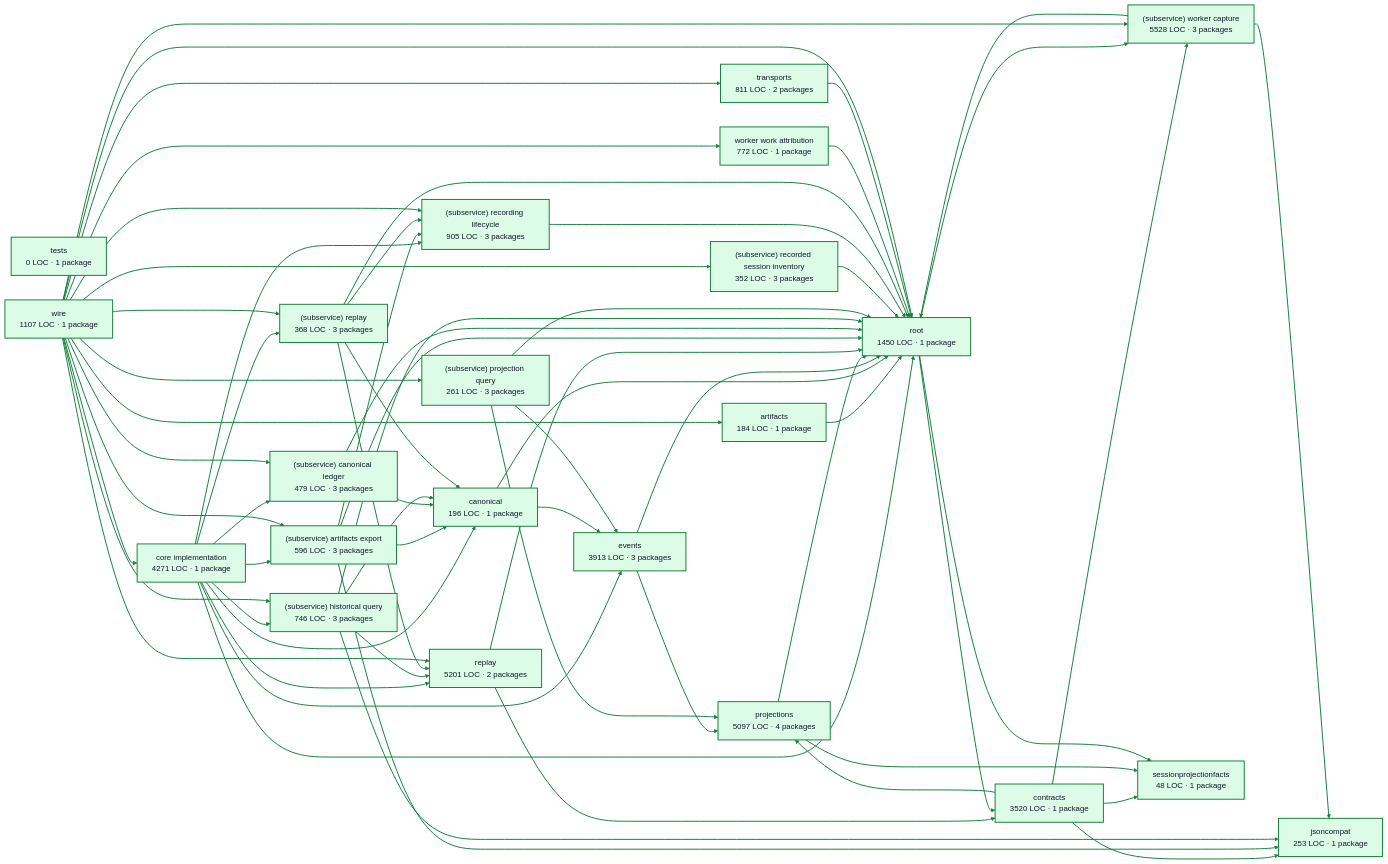
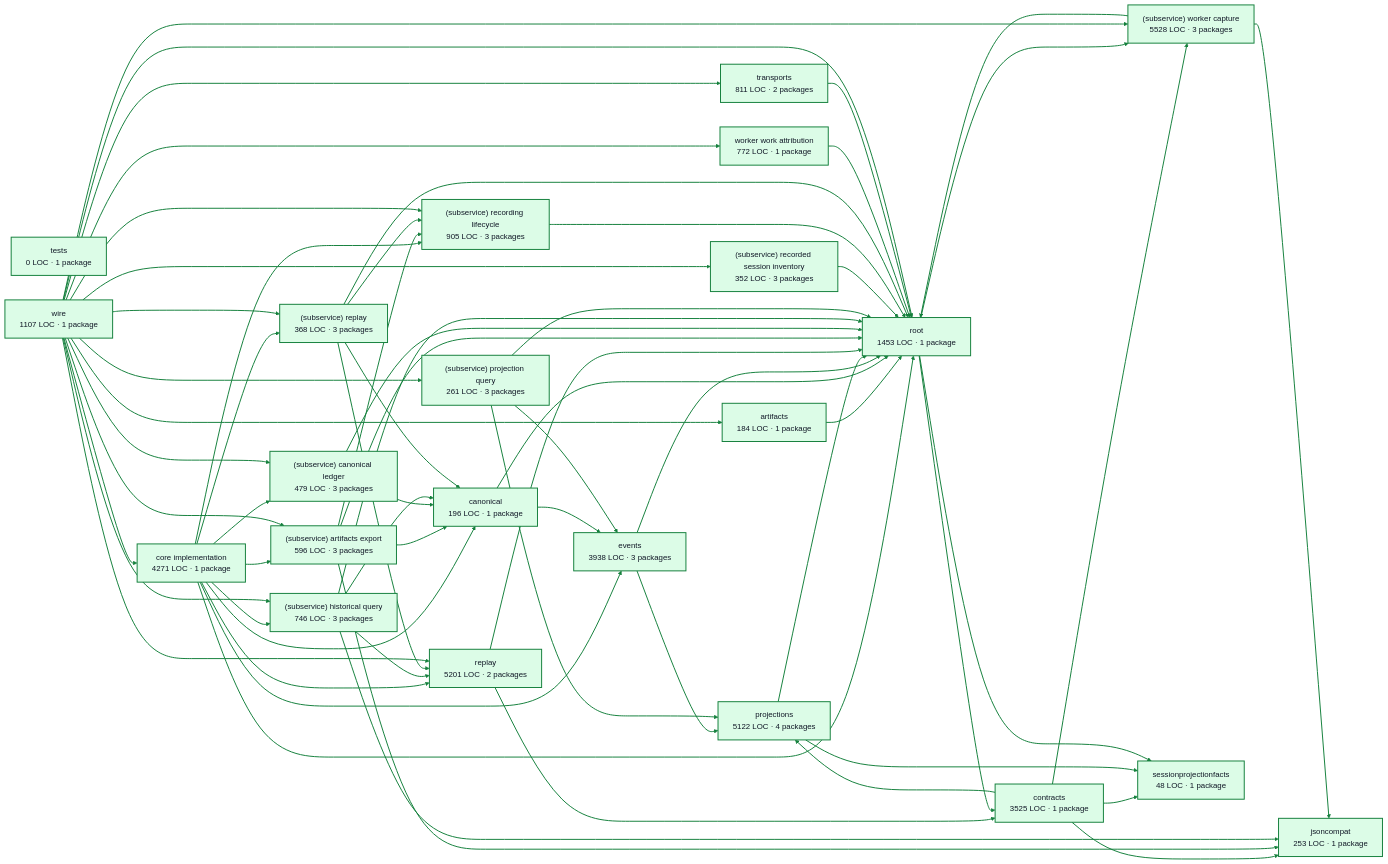
Before and after one commit to portpowered/you-agent-factory: the diagram in docs/architecture/visualizations/services/recordings.md, drawn with Mermaid (base theme). The commit also changed other lines of this file and 20 other files, not shown here.

Commit message:
docs: refresh backend architecture visualizations

```diff
--- a/docs/architecture/visualizations/services/recordings.md
+++ b/docs/architecture/visualizations/services/recordings.md
@@ -13,10 +13,10 @@
   p0["core implementation<br/>4271 LOC · 1 package"]
   p1["artifacts<br/>184 LOC · 1 package"]
   p2["canonical<br/>196 LOC · 1 package"]
-  p3["contracts<br/>3520 LOC · 1 package"]
-  p4["events<br/>3913 LOC · 3 packages"]
+  p3["contracts<br/>3525 LOC · 1 package"]
+  p4["events<br/>3938 LOC · 3 packages"]
   p5["jsoncompat<br/>253 LOC · 1 package"]
-  p6["projections<br/>5097 LOC · 4 packages"]
+  p6["projections<br/>5122 LOC · 4 packages"]
   p7["replay<br/>5201 LOC · 2 packages"]
   p8["(subservice) artifacts export<br/>596 LOC · 3 packages"]
   p9["(subservice) canonical ledger<br/>479 LOC · 3 packages"]
@@ -29,7 +29,7 @@
   p16["sessionprojectionfacts<br/>48 LOC · 1 package"]
   p17["tests<br/>0 LOC · 1 package"]
   p18["worker work attribution<br/>772 LOC · 1 package"]
-  p19["root<br/>1450 LOC · 1 package"]
+  p19["root<br/>1453 LOC · 1 package"]
   p20["transports<br/>811 LOC · 2 packages"]
   p21["wire<br/>1107 LOC · 1 package"]
   p0 --> p2
```
